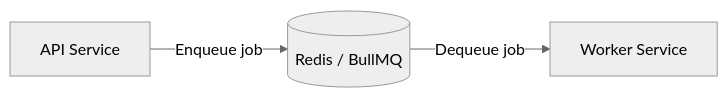
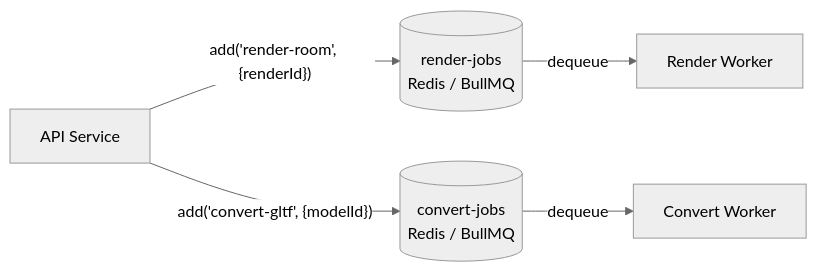
Before and after one commit to giovanizaghi/3d-room-platform: the diagram in docs/architecture/04-queue.md, drawn with Mermaid (neutral theme). The commit also changed other lines of this file and 5 other files, not shown here.

First line of the commit message:
Refactor API and Worker Architecture

````diff
--- a/docs/architecture/04-queue.md
+++ b/docs/architecture/04-queue.md
@@ -20,9 +20,13 @@
 ```mermaid
 flowchart LR
     API[API Service]
-    Redis[(Redis / BullMQ)]
-    Worker[Worker Service]
+    RenderQ[(render-jobs\nRedis / BullMQ)]
+    ConvertQ[(convert-jobs\nRedis / BullMQ)]
+    RenderW[Render Worker]
+    ConvertW[Convert Worker]
 
-    API -->|Enqueue job| Redis
-    Redis -->|Dequeue job| Worker
+    API -->|"add('render-room', {renderId})"| RenderQ
+    API -->|"add('convert-gltf', {modelId})"| ConvertQ
+    RenderQ -->|dequeue| RenderW
+    ConvertQ -->|dequeue| ConvertW
 ```
````
